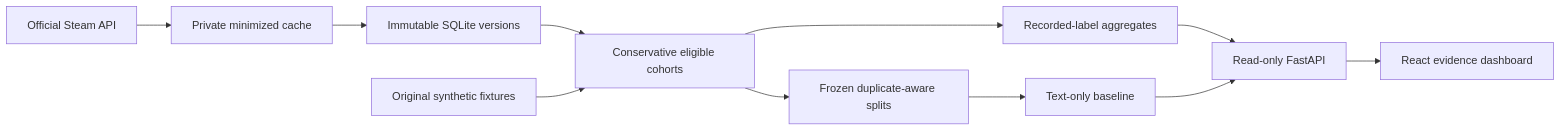
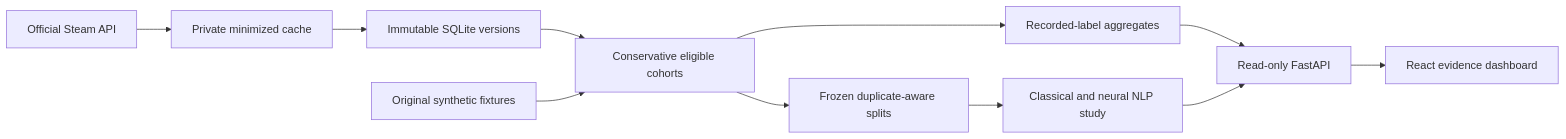
One commit to bryanbans/patchpulse changed the diagram in README.md. Above: the diagram before and after it, drawn with Mermaid. The commit also changed other lines of this file and 32 other files, not shown here.

Commit message:
Center portfolio on reproducible NLP study and three-seed DistilBERT comparison

````diff
--- a/README.md
+++ b/README.md
@@ -49,13 +57,13 @@
 ```mermaid
 flowchart LR
   A[Official Steam API] --> B[Private minimized cache]
   B --> C[Immutable SQLite versions]
   C --> D[Conservative eligible cohorts]
   D --> E[Recorded-label aggregates]
   D --> F[Frozen duplicate-aware splits]
-  F --> G[Text-only baseline]
+  F --> G[Classical and neural NLP study]
   E --> H[Read-only FastAPI]
   G --> H
   I[Original synthetic fixtures] --> D
   H --> J[React evidence dashboard]
 ```
````
